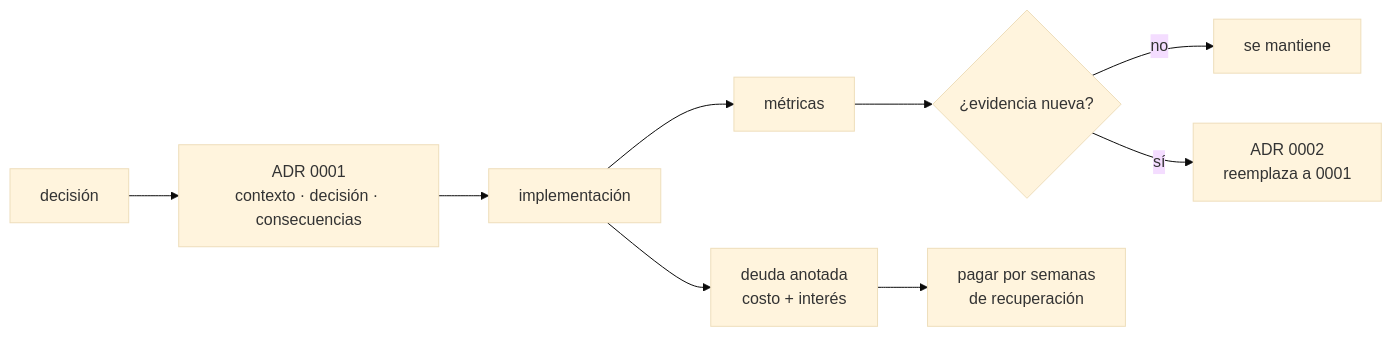
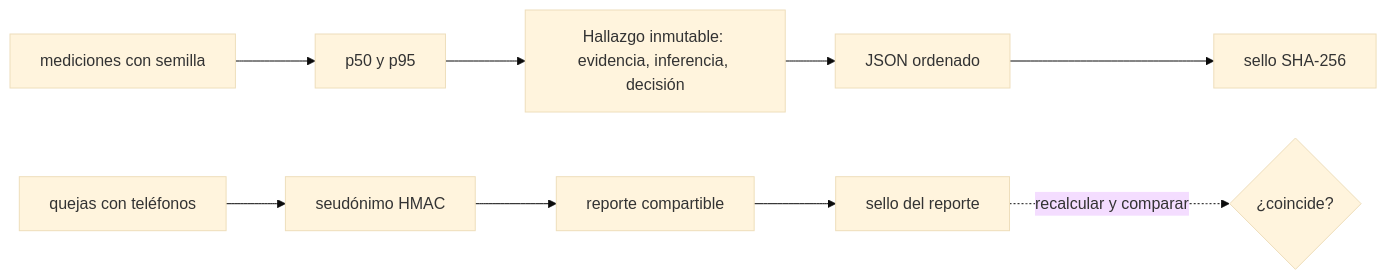
Before and after one commit to NICORUIZ93/The_Imperial_Book: the sixth of 6 diagrams in web/public/content/foundations/modulo-7.md, drawn with Mermaid (base theme). The commit also changed other lines of this file and 305 other files, not shown here.

````diff
--- a/web/public/content/foundations/modulo-7.md
+++ b/web/public/content/foundations/modulo-7.md
@@ -1264,10 +1719,11 @@
 ```mermaid
 flowchart LR
-    DEC["decisión"] --> ADR["ADR 0001<br/>contexto · decisión · consecuencias"]
-    ADR --> IMPL["implementación"] --> MET["métricas"]
-    MET --> EV{"¿evidencia nueva?"}
-    EV -->|"no"| KEEP["se mantiene"]
-    EV -->|"sí"| ADR2["ADR 0002<br/>reemplaza a 0001"]
-    IMPL --> DEBT["deuda anotada<br/>costo + interés"]
-    DEBT --> PAY["pagar por semanas<br/>de recuperación"]
+    M["mediciones con semilla"] --> P["p50 y p95"]
+    P --> H["Hallazgo inmutable: evidencia, inferencia, decisión"]
+    H --> J["JSON ordenado"]
+    J --> S["sello SHA-256"]
+    Q["quejas con teléfonos"] --> N["seudónimo HMAC"]
+    N --> R["reporte compartible"]
+    R --> S2["sello del reporte"]
+    S2 -. "recalcular y comparar" .-> V{"¿coincide?"}
 ```
````
